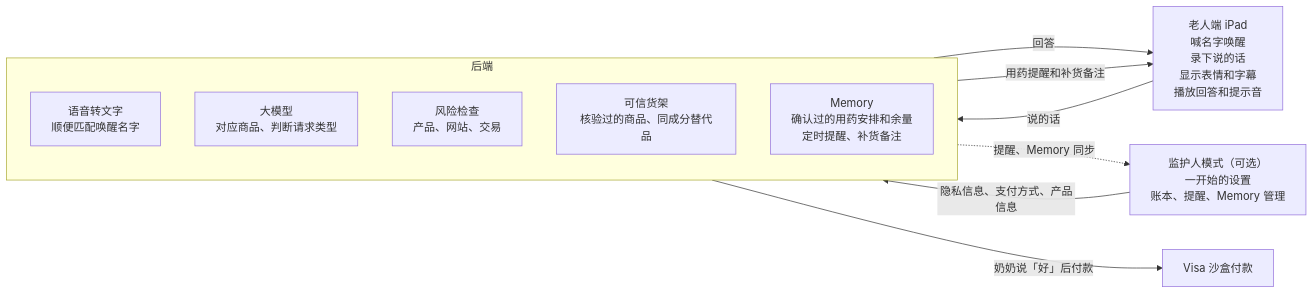
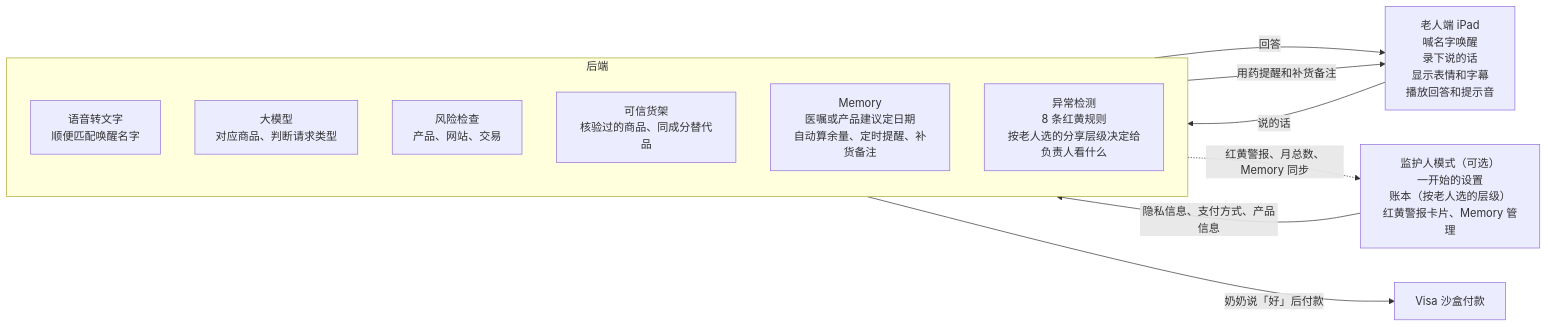
One commit to svedison/Dubhacks-26-Team-Meditation changed the diagram in 产品方案.md. Above: the diagram before and after it, drawn with Mermaid. The commit also changed other lines of this file, not shown here.

Commit message:
Plan: align shelf, Visa, architecture, demo, scoring, roles and risks with final design

````diff
--- a/产品方案.md
+++ b/产品方案.md
@@ -223,20 +224,21 @@
 ```mermaid
 flowchart LR
     P["老人端 iPad<br/>喊名字唤醒<br/>录下说的话<br/>显示表情和字幕<br/>播放回答和提示音"]
     subgraph S["后端"]
         direction TB
         S1["语音转文字<br/>顺便匹配唤醒名字"]
         S2["大模型<br/>对应商品、判断请求类型"]
         S3["风险检查<br/>产品、网站、交易"]
         S4["可信货架<br/>核验过的商品、同成分替代品"]
-        S5["Memory<br/>确认过的用药安排和余量<br/>定时提醒、补货备注"]
+        S5["Memory<br/>医嘱或产品建议定日期<br/>自动算余量、定时提醒、补货备注"]
+        S6["异常检测<br/>8 条红黄规则<br/>按老人选的分享层级决定给负责人看什么"]
     end
-    G["监护人模式（可选）<br/>一开始的设置<br/>账本、提醒、Memory 管理"]
+    G["监护人模式（可选）<br/>一开始的设置<br/>账本（按老人选的层级）<br/>红黄警报卡片、Memory 管理"]
     V["Visa 沙盒付款"]
     P -- 说的话 --> S
     S -- 回答 --> P
     G -- 隐私信息、支付方式、产品信息 --> S
     S -- 用药提醒和补货备注 --> P
-    S -. 提醒、Memory 同步 .-> G
+    S -. 红黄警报、月总数、Memory 同步 .-> G
     S -- 奶奶说「好」后付款 --> V
 ```
````
